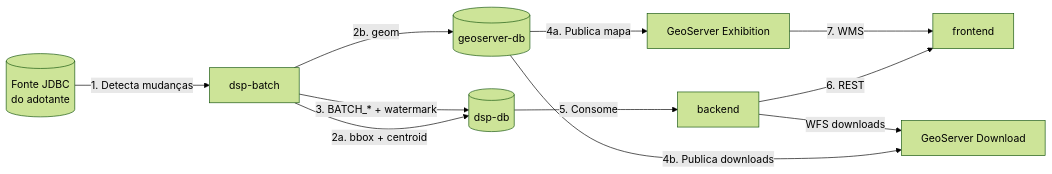
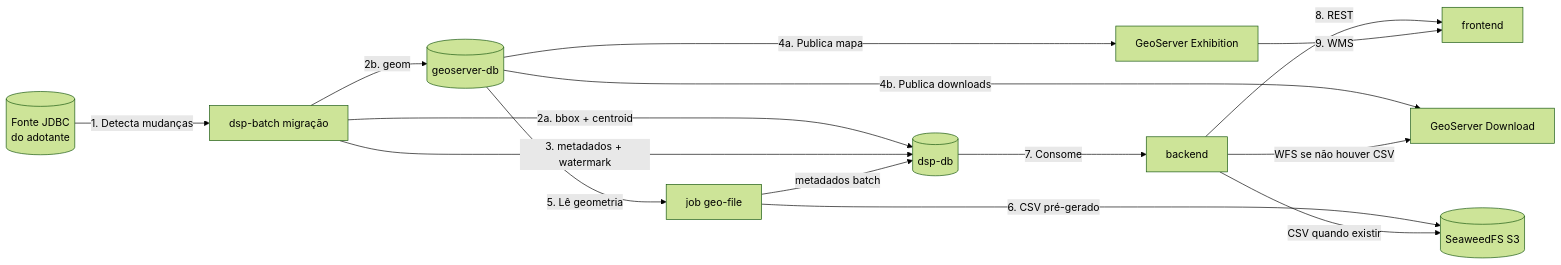
Before and after one commit to kleber-albino/rer-dsp-docs: the fourth of 4 diagrams in docs/architecture/overview.md, drawn with Mermaid (forest theme). The commit also changed other lines of this file and 22 other files, not shown here.

````diff
--- a/docs/architecture/overview.md
+++ b/docs/architecture/overview.md
@@ -160,13 +184,17 @@
 ```mermaid
 flowchart LR
-  A[(Fonte JDBC<br/>do adotante)] -->|1. Detecta mudanças| B[dsp-batch]
+  A[(Fonte JDBC<br/>do adotante)] -->|1. Detecta mudanças| B[dsp-batch migração]
   B -->|2a. bbox + centroid| C[(dsp-db)]
   B -->|2b. geom| E[(geoserver-db)]
-  B -->|3. BATCH_* + watermark| C
+  B -->|3. metadados + watermark| C
   E -->|4a. Publica mapa| GEx[GeoServer Exhibition]
   E -->|4b. Publica downloads| GDl[GeoServer Download]
-  C -->|5. Consome| F[backend]
-  F -->|6. REST| H[frontend]
-  F -->|WFS downloads| GDl
-  GEx -->|7. WMS| H
+  E -->|5. Lê geometria| JG[job geo-file]
+  JG -->|6. CSV pré-gerado| S3[(SeaweedFS S3)]
+  JG -->|metadados batch| C
+  C -->|7. Consome| F[backend]
+  F -->|8. REST| H[frontend]
+  F -->|WFS se não houver CSV| GDl
+  F -->|CSV quando existir| S3
+  GEx -->|9. WMS| H
 ```
````
